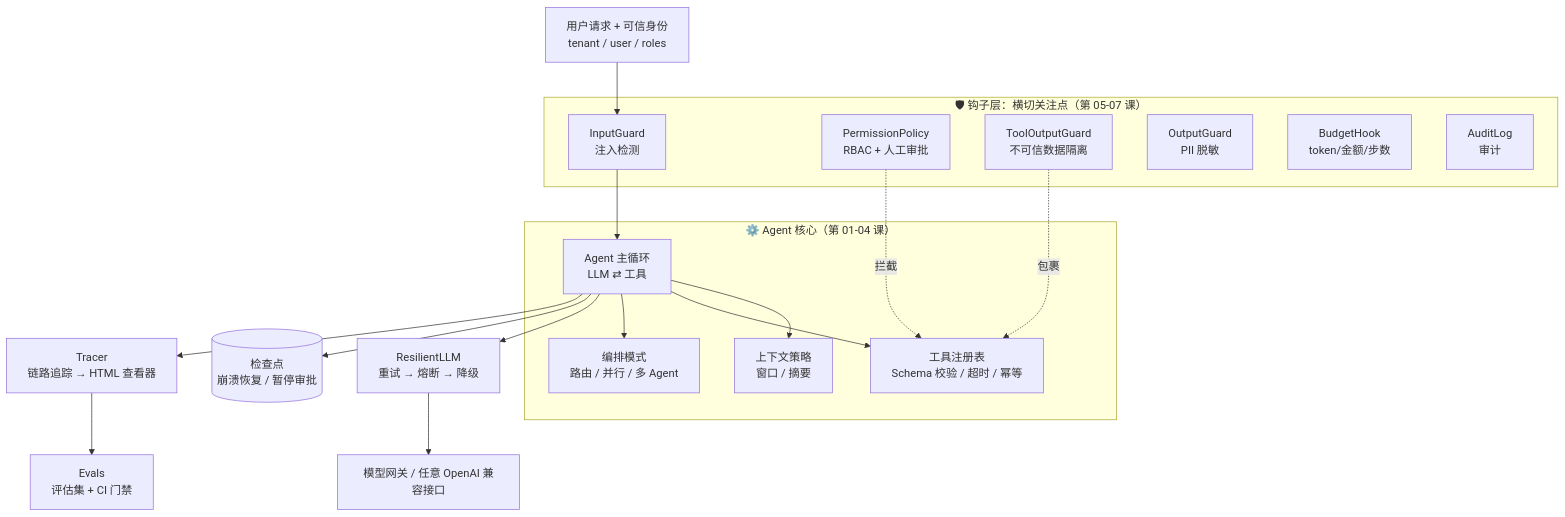
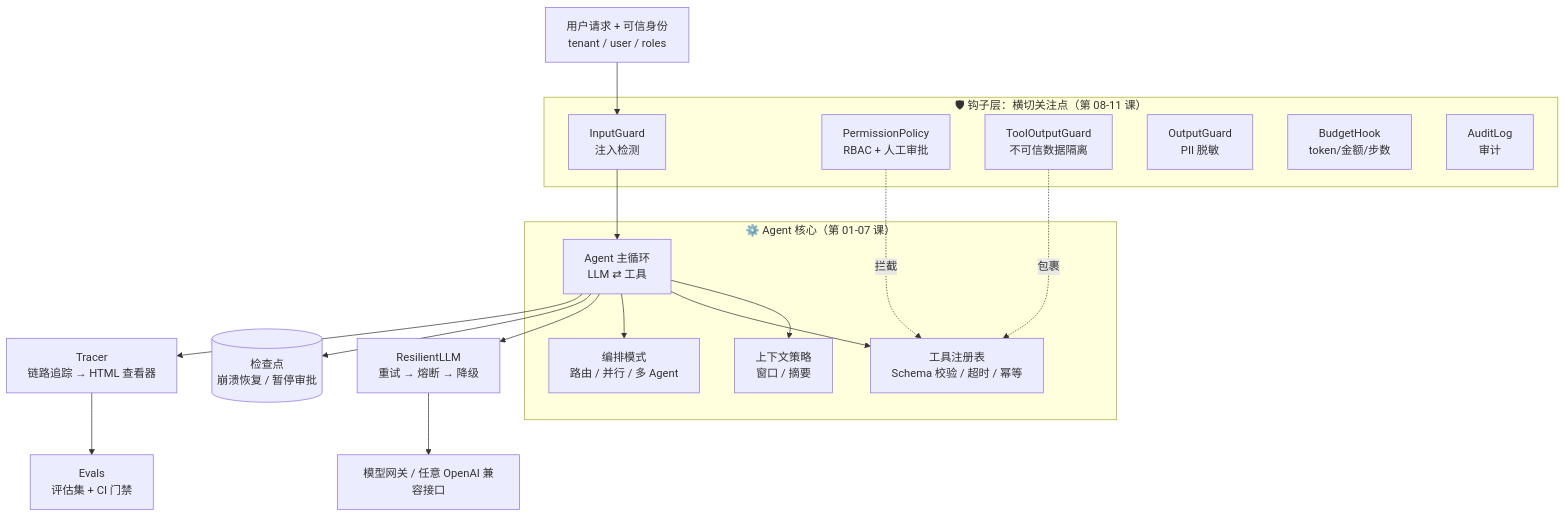
The diagram in README.md (heaven999b/hello-agent-system), drawn with Mermaid before and after one commit. The commit also changed other lines of this file and 216 other files, not shown here.

````diff
--- a/README.md
+++ b/README.md
@@ -41,25 +44,25 @@
 ```mermaid
 flowchart TB
     U["用户请求 + 可信身份<br/>tenant / user / roles"] --> IG
-    subgraph Hooks["🛡 钩子层：横切关注点（第 05-07 课）"]
+    subgraph Hooks["🛡 钩子层：横切关注点（第 08-11 课）"]
         IG["InputGuard<br/>注入检测"]
         PP["PermissionPolicy<br/>RBAC + 人工审批"]
         TG["ToolOutputGuard<br/>不可信数据隔离"]
         OG["OutputGuard<br/>PII 脱敏"]
         BG["BudgetHook<br/>token/金额/步数"]
         AU["AuditLog<br/>审计"]
     end
     IG --> LOOP
-    subgraph Core["⚙️ Agent 核心（第 01-04 课）"]
+    subgraph Core["⚙️ Agent 核心（第 01-07 课）"]
         LOOP["Agent 主循环<br/>LLM ⇄ 工具"] --> CTX["上下文策略<br/>窗口 / 摘要"]
         LOOP --> REG["工具注册表<br/>Schema 校验 / 超时 / 幂等"]
         LOOP --> WF["编排模式<br/>路由 / 并行 / 多 Agent"]
     end
     LOOP --> RL["ResilientLLM<br/>重试 → 熔断 → 降级"]
     RL --> GW["模型网关 / 任意 OpenAI 兼容接口"]
     LOOP --> CP[("检查点<br/>崩溃恢复 / 暂停审批")]
     LOOP --> TR["Tracer<br/>链路追踪 → HTML 查看器"]
     TR --> EV["Evals<br/>评估集 + CI 门禁"]
     PP -.拦截.-> REG
     TG -.包裹.-> REG
 ```
````
